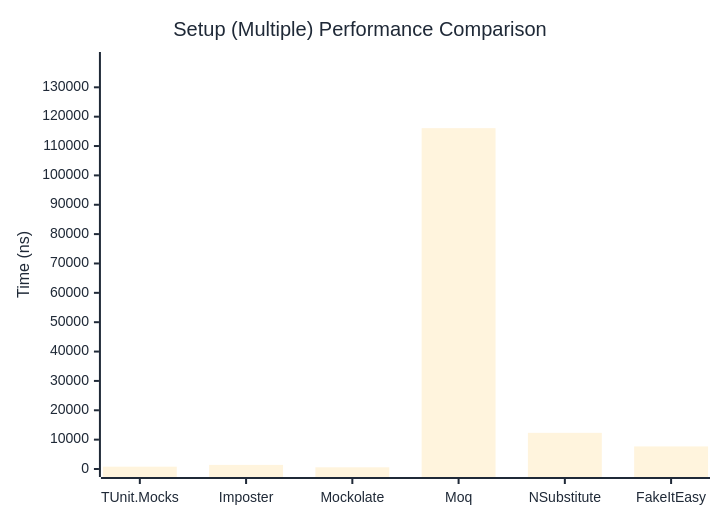
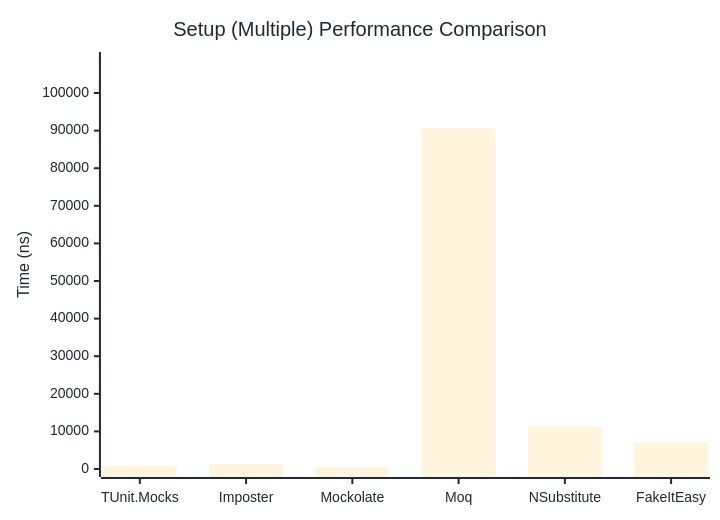
One commit to thomhurst/TUnit changed the second of 2 diagrams in docs/docs/benchmarks/mocks/Setup.md. Above: the diagram before and after it, drawn with Mermaid. The commit also changed other lines of this file and 14 other files, not shown here.

````diff
--- a/docs/docs/benchmarks/mocks/Setup.md
+++ b/docs/docs/benchmarks/mocks/Setup.md
@@ -71,27 +71,27 @@
 ```mermaid
 %%{init: {
   'theme':'base',
   'themeVariables': {
     'primaryColor': '#2563eb',
     'primaryTextColor': '#1f2937',
     'primaryBorderColor': '#1e40af',
     'lineColor': '#6b7280',
     'secondaryColor': '#7c3aed',
     'tertiaryColor': '#dc2626',
     'background': '#ffffff',
     'pie1': '#2563eb',
     'pie2': '#7c3aed',
     'pie3': '#dc2626',
     'pie4': '#f59e0b',
     'pie5': '#10b981',
     'pie6': '#06b6d4',
     'pie7': '#ec4899',
     'pie8': '#6366f1'
   }
 }}%%
 xychart-beta
   title "Setup (Multiple) Performance Comparison"
   x-axis ["TUnit.Mocks", "Imposter", "Mockolate", "Moq", "NSubstitute", "FakeItEasy"]
-  y-axis "Time (ns)" 0 --> 139302
-  bar [791.6, 1395.6, 576.9, 116085, 12317.6, 7688.7]
+  y-axis "Time (ns)" 0 --> 108784
+  bar [823.4, 1347.1, 563.6, 90652.6, 11296.1, 7030]
 ```
````
